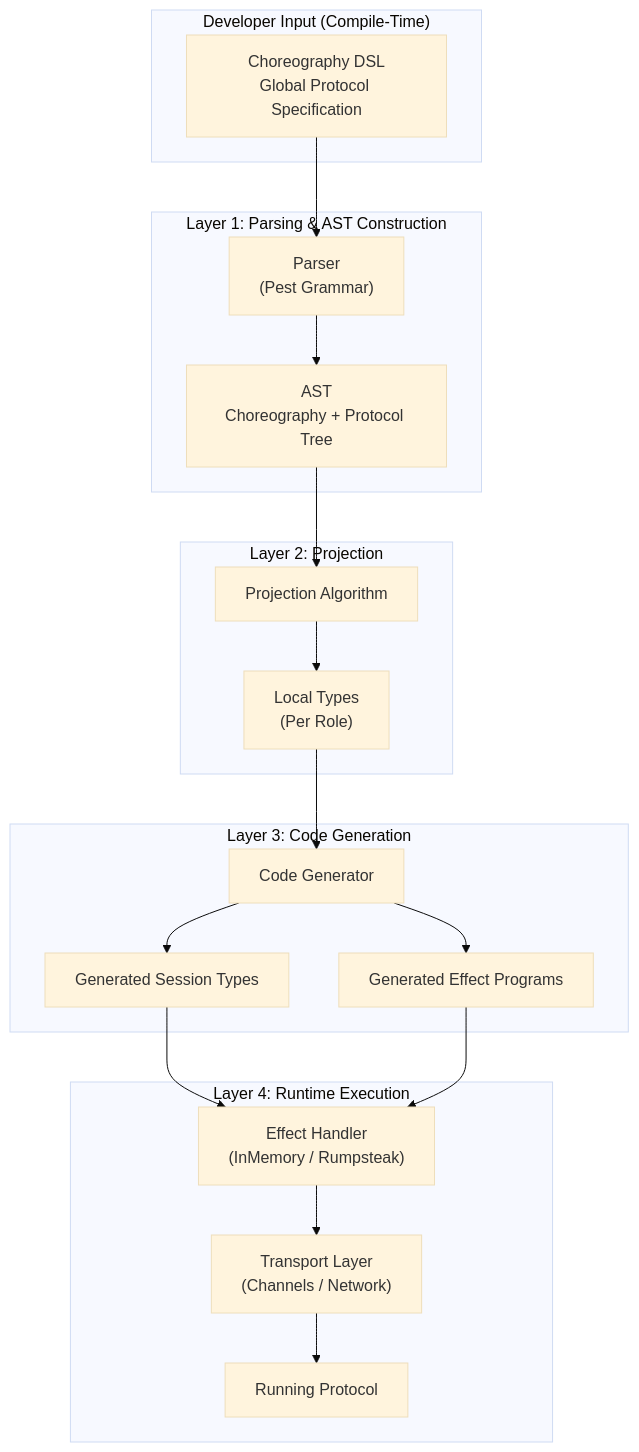
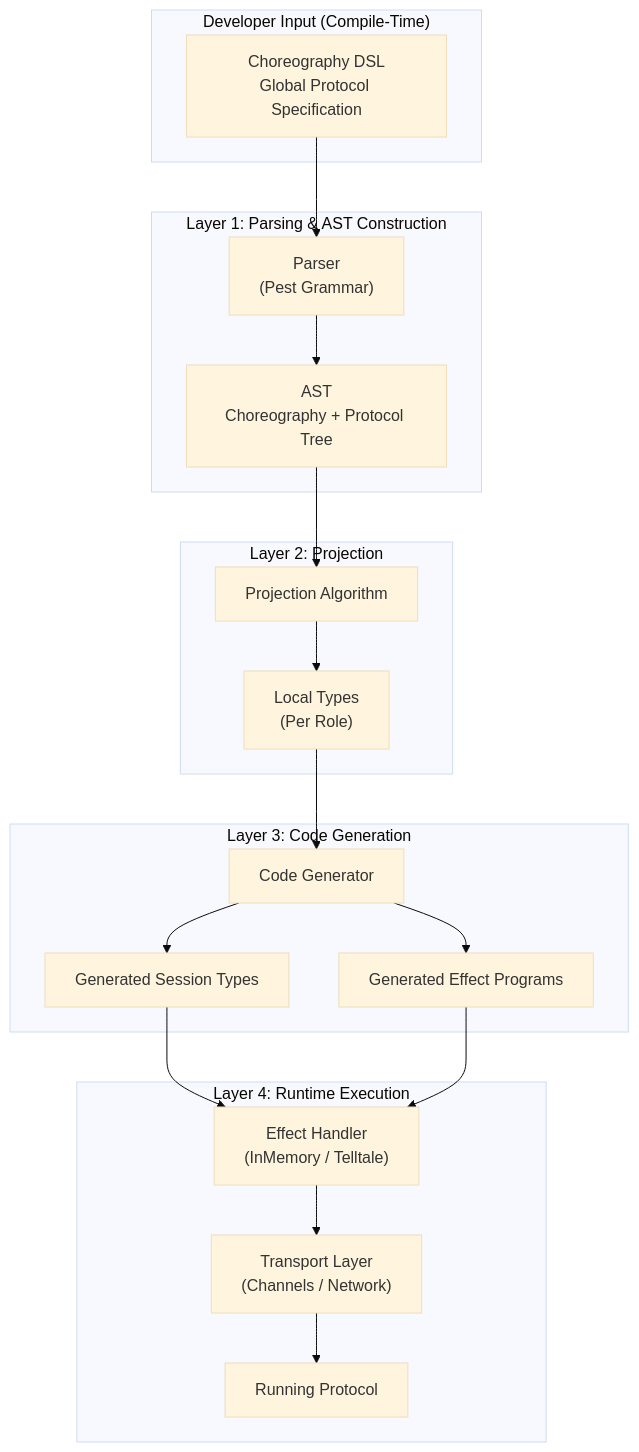
The diagram in docs/02_architecture.md (hxrts/telltale), drawn with Mermaid (base theme) before and after one commit. The commit also changed other lines of this file and 531 other files, not shown here.

Commit message:
Rename project from rumpsteak-aura to telltale

````diff
--- a/docs/02_architecture.md
+++ b/docs/02_architecture.md
@@ -16,40 +16,40 @@
 ```mermaid
 graph TB
     subgraph Input["Developer Input (Compile-Time)"]
         DSL["Choreography DSL<br/>Global Protocol Specification"]
     end
 
     subgraph Layer1["Layer 1: Parsing & AST Construction"]
         Parser["Parser<br/>(Pest Grammar)"]
         AST["AST<br/>Choreography + Protocol Tree"]
     end
 
     subgraph Layer2["Layer 2: Projection"]
         Proj["Projection Algorithm"]
         LT["Local Types<br/>(Per Role)"]
     end
 
     subgraph Layer3["Layer 3: Code Generation"]
         CodeGen["Code Generator"]
         Session["Generated Session Types"]
         Effects["Generated Effect Programs"]
     end
 
     subgraph Layer4["Layer 4: Runtime Execution"]
-        Handler["Effect Handler<br/>(InMemory / Rumpsteak)"]
+        Handler["Effect Handler<br/>(InMemory / Telltale)"]
         Transport["Transport Layer<br/>(Channels / Network)"]
         Exec["Running Protocol"]
     end
 
     DSL --> Parser
     Parser --> AST
     AST --> Proj
     Proj --> LT
     LT --> CodeGen
     CodeGen --> Session
     CodeGen --> Effects
     Session --> Handler
     Effects --> Handler
     Handler --> Transport
     Transport --> Exec
 ```
````
